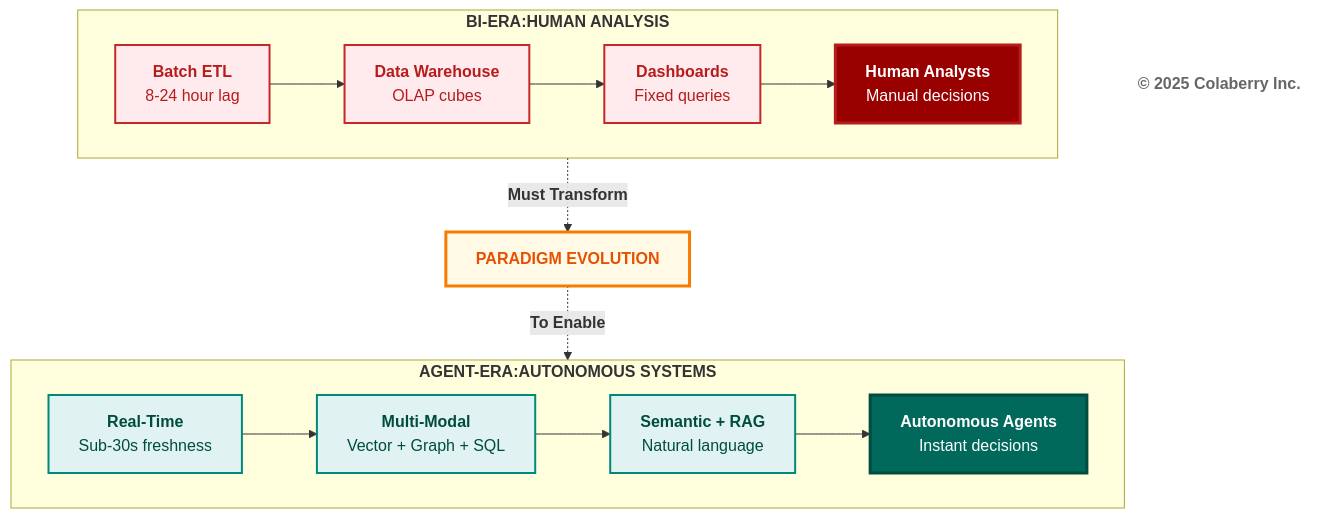
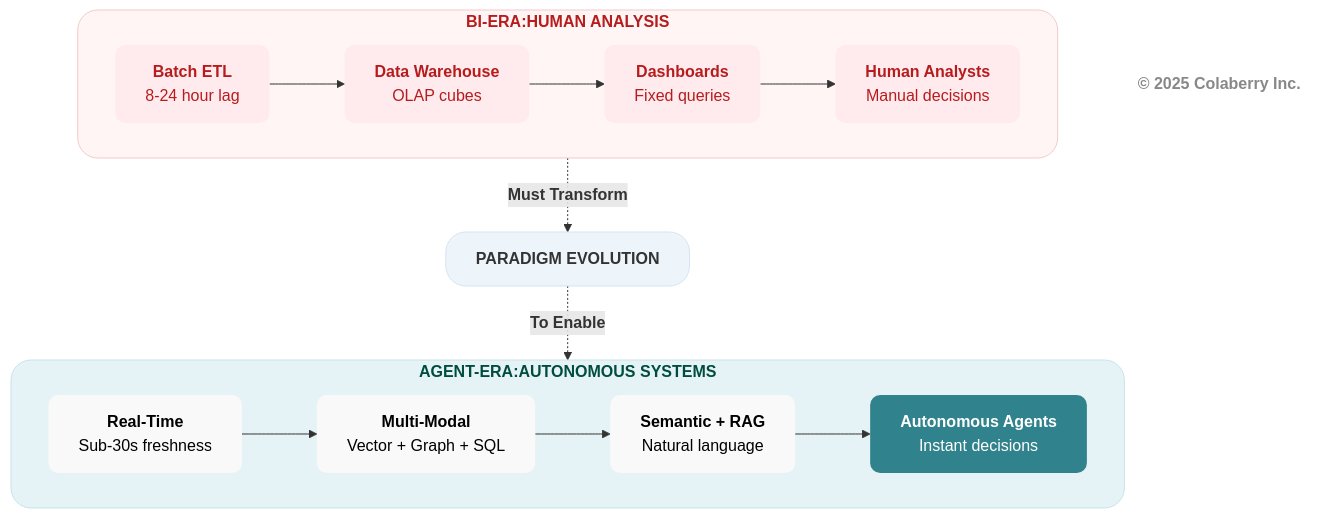
Before and after one commit to saitejesh-cyber/trust-before-intelligence-book: the third of 4 diagrams in manuscript/04_chapter_3_from_bi_to_agent.md, drawn with Mermaid. The commit also changed other lines of this file and 4 other files, not shown here.

Commit message:
Chapter 1to5: Updated mermaid diagrams based on new colaberry color code

````diff
--- a/manuscript/04_chapter_3_from_bi_to_agent.md
+++ b/manuscript/04_chapter_3_from_bi_to_agent.md
@@ -213,47 +217,49 @@
 ```mermaid
 graph TB
     subgraph old["<b>BI-ERA:HUMAN ANALYSIS</b>"]
         direction LR
         O1["<b>Batch ETL</b><br/>8-24 hour lag"]
         O2["<b>Data Warehouse</b><br/>OLAP cubes"]
         O3["<b>Dashboards</b><br/>Fixed queries"]
         O4["<b>Human Analysts</b><br/>Manual decisions"]
         
         O1 --> O2 --> O3 --> O4
     end
     
     Shift["<b>PARADIGM EVOLUTION</b>"]
     
     subgraph new["<b>AGENT-ERA:AUTONOMOUS     SYSTEMS</b>"]
         direction LR
         N1["<b>Real-Time</b><br/>Sub-30s freshness"]
         N2["<b>Multi-Modal</b><br/>Vector + Graph + SQL"]
         N3["<b>Semantic + RAG</b><br/>Natural language"]
         N4["<b>Autonomous Agents</b><br/>Instant decisions"]
         
         N1 --> N2 --> N3 --> N4
     end
     
     Copyright["<b>© 2025 Colaberry Inc.</b>"]
     
     old -.->|<b>Must Transform</b>| Shift
     Shift -.->|<b>To Enable</b>| new
+
+    %% 🔴 BI ERA — FAILURE / TRUST BREAKDOWN
+    style old fill:#fff5f5,stroke:#f2caca,stroke-width:1px,color:#b71c1c,rx:20,ry:20
+    style O1 fill:#ffebee,stroke:none,color:#b71c1c,rx:10,ry:10
+    style O2 fill:#ffebee,stroke:none,color:#b71c1c,rx:10,ry:10
+    style O3 fill:#ffebee,stroke:none,color:#b71c1c,rx:10,ry:10
+    style O4 fill:#ffebee,stroke:none,color:#b71c1c,rx:10,ry:10
     
-    %% BI-Era (Red - Problems/Old Approach)
-    style O1 fill:#ffebee,stroke:#c62828,stroke-width:2px,color:#b71c1c
-    style O2 fill:#ffebee,stroke:#c62828,stroke-width:2px,color:#b71c1c
-    style O3 fill:#ffebee,stroke:#c62828,stroke-width:2px,color:#b71c1c
-    style O4 fill:#990000,color:#ffffff,stroke:#b71c1c,stroke-width:3px
+    %% 🔵 TRANSFORMATION — ACTIVE CHANGE
+    style Shift fill:#edf4fa,stroke:#d6e4f2,stroke-width:1px,color:#333333,rx:20,ry:20
     
-    %% Agent-Era (Teal - Solutions/Modern Approach)
-    style N1 fill:#e0f2f1,stroke:#00897b,stroke-width:2px,color:#004d40
-    style N2 fill:#e0f2f1,stroke:#00897b,stroke-width:2px,color:#004d40
-    style N3 fill:#e0f2f1,stroke:#00897b,stroke-width:2px,color:#004d40
-    style N4 fill:#00695c,color:#ffffff,stroke:#004d40,stroke-width:3px
+    %% 🟢 AGENT ERA — TRUSTED / INPACT™-FULFILLED
+    style new fill:#e6f3f6,stroke:#c7e3ea,stroke-width:1px,color:#004d40,rx:20,ry:20
+    style N1 fill:#f9f9f9,stroke:none,color:#000000,rx:10,ry:10
+    style N2 fill:#f9f9f9,stroke:none,color:#000000,rx:10,ry:10
+    style N3 fill:#f9f9f9,stroke:none,color:#000000,rx:10,ry:10
+    style N4 fill:#30838C,stroke:none,color:#ffffff,rx:10,ry:10
     
-    %% Transition Element
-    style Shift fill:#fff9e6,stroke:#f57c00,stroke-width:3px,color:#e65100
-    
-    %% Copyright
-    style Copyright fill:#ffffff,stroke:none,color:#666666
+    %% FOOTER
+    style Copyright fill:none,stroke:none,color:#888888
 ```
````
